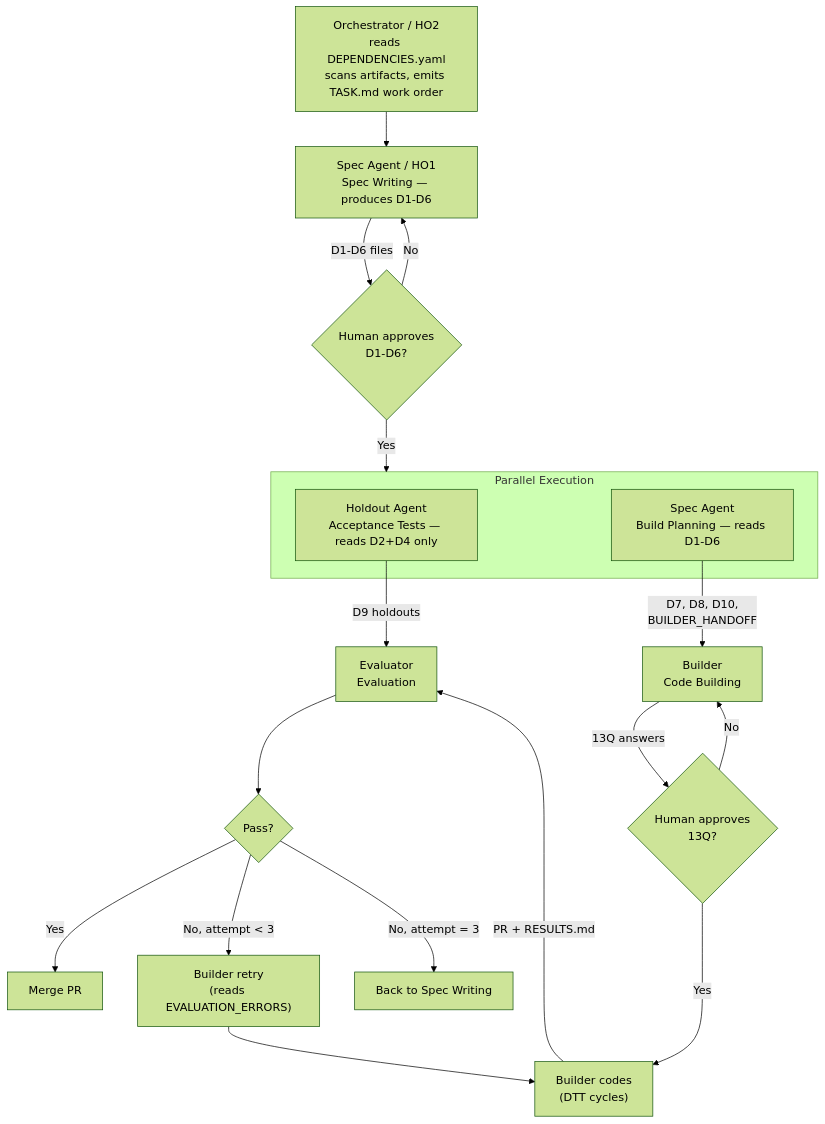
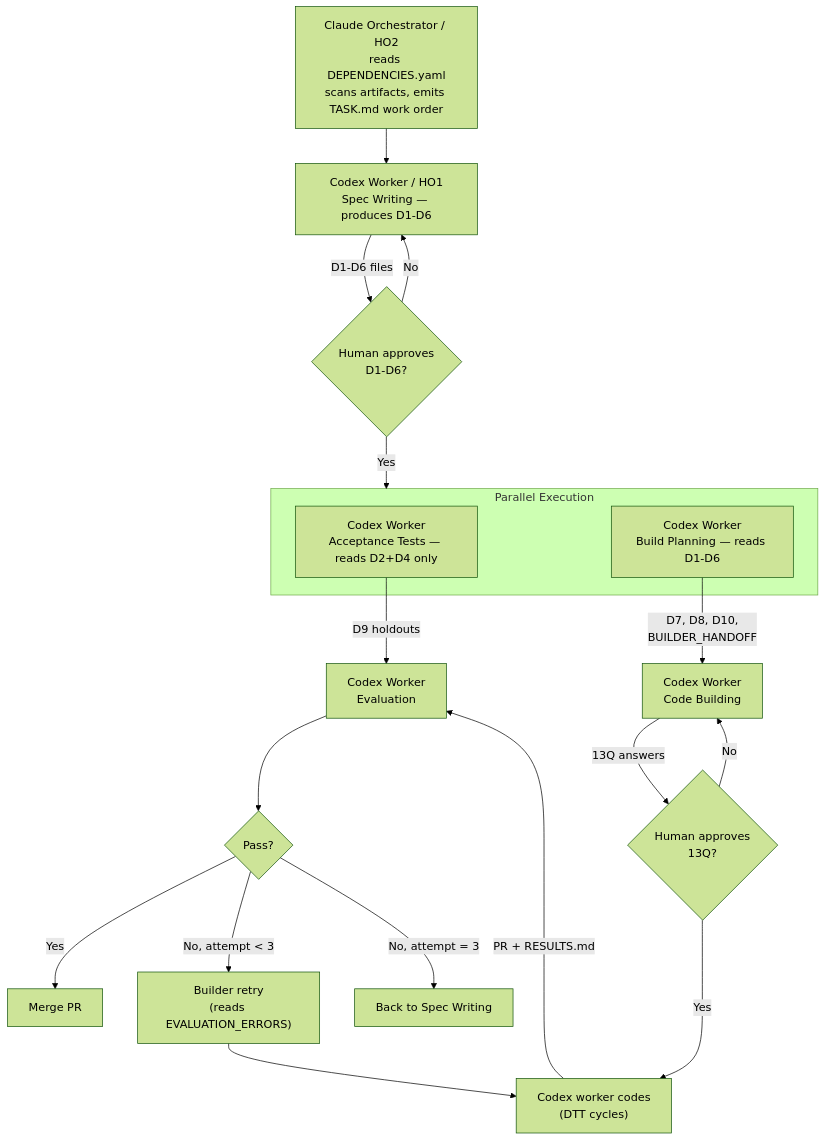
The eighth of 8 diagrams in docs/agent-onboarding.md (rabruni/Brain_Factory), drawn with Mermaid (forest theme) before and after one commit. The commit also changed other lines of this file and 62 other files, not shown here.

Commit message:
sawmill: centralize runtime config and harden unattended flow

````diff
--- a/docs/agent-onboarding.md
+++ b/docs/agent-onboarding.md
@@ -331,25 +337,25 @@
 ```mermaid
 flowchart TD
-    ORC["Orchestrator / HO2<br/>reads DEPENDENCIES.yaml<br/>scans artifacts, emits TASK.md work order"] --> SA["Spec Agent / HO1<br/>Spec Writing — produces D1-D6"]
+    ORC["Claude Orchestrator / HO2<br/>reads DEPENDENCIES.yaml<br/>scans artifacts, emits TASK.md work order"] --> SA["Codex Worker / HO1<br/>Spec Writing — produces D1-D6"]
     SA -->|"D1-D6 files"| GATE1{"Human approves<br/>D1-D6?"}
     GATE1 -->|Yes| PARALLEL
     GATE1 -->|No| SA
 
     subgraph PARALLEL ["Parallel Execution"]
-        HA["Holdout Agent<br/>Acceptance Tests — reads D2+D4 only"]
-        SB["Spec Agent<br/>Build Planning — reads D1-D6"]
+        HA["Codex Worker<br/>Acceptance Tests — reads D2+D4 only"]
+        SB["Codex Worker<br/>Build Planning — reads D1-D6"]
     end
 
-    SB -->|"D7, D8, D10,<br/>BUILDER_HANDOFF"| BLD["Builder<br/>Code Building"]
+    SB -->|"D7, D8, D10,<br/>BUILDER_HANDOFF"| BLD["Codex Worker<br/>Code Building"]
     BLD -->|"13Q answers"| GATE2{"Human approves<br/>13Q?"}
-    GATE2 -->|Yes| CODE["Builder codes<br/>(DTT cycles)"]
+    GATE2 -->|Yes| CODE["Codex worker codes<br/>(DTT cycles)"]
     GATE2 -->|No| BLD
-    CODE -->|"PR + RESULTS.md"| EVAL["Evaluator<br/>Evaluation"]
+    CODE -->|"PR + RESULTS.md"| EVAL["Codex Worker<br/>Evaluation"]
     HA -->|"D9 holdouts"| EVAL
 
     EVAL --> VERDICT{"Pass?"}
     VERDICT -->|"Yes"| MERGE["Merge PR"]
     VERDICT -->|"No, attempt < 3"| RETRY["Builder retry<br/>(reads EVALUATION_ERRORS)"]
     RETRY --> CODE
     VERDICT -->|"No, attempt = 3"| BACK["Back to Spec Writing"]
 ```
````
